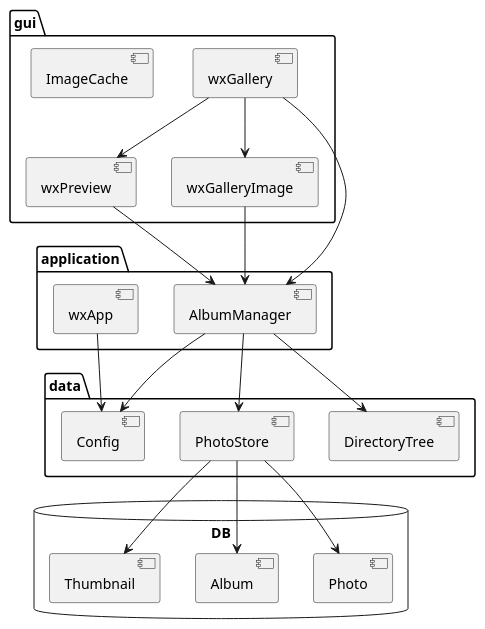
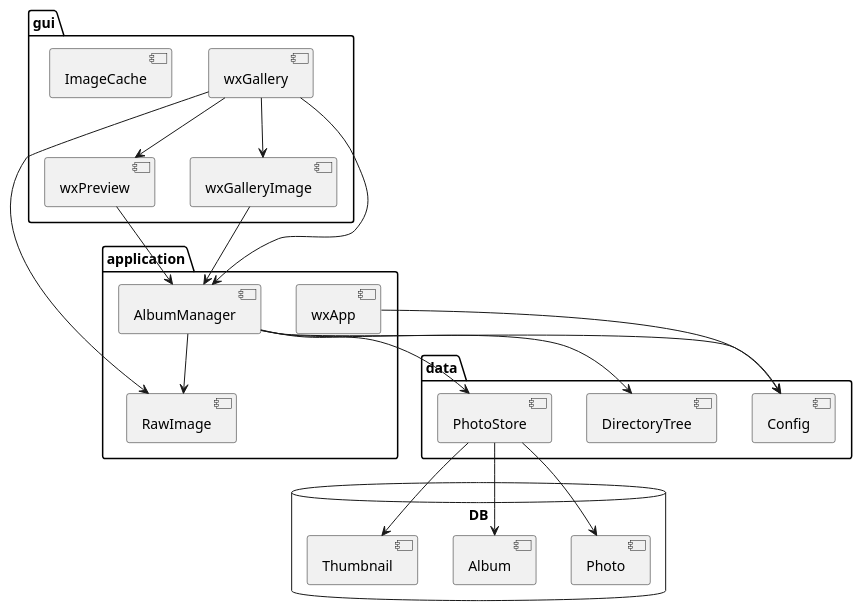
Before and after one commit to jorgemb/image-manager: the diagram in docs/Components.puml, drawn with PlantUML. The commit also changed 8 other files, not shown here.

```diff
--- a/docs/Components.puml
+++ b/docs/Components.puml
@@ -1,46 +1,49 @@
 @startuml
 'https://plantuml.com/component-diagram
 
 package "gui"{
     component wxGallery as gallery
     component wxGalleryImage as image
     component wxPreview as preview
     component ImageCache as cache
 }
 
 package "application"{
     component wxApp as app
     component AlbumManager as manager
+    component RawImage as raw
 }
 
 package "data"{
     component DirectoryTree as tree
     component PhotoStore as store
     component Config as config
 }
 
 database "DB"{
     component Photo as model_photo
     component Album as model_album
     component Thumbnail as model_thumbnail
 }
 
 
 
 app --> config
 
 gallery --> image
 gallery --> manager
 gallery --> preview
+gallery --> raw
 image --> manager
 preview -> manager
 
 manager --> store
 manager --> tree
 manager --> config
+manager --> raw
 
 store --> model_photo
 store --> model_album
 store --> model_thumbnail
 
 @enduml
```
